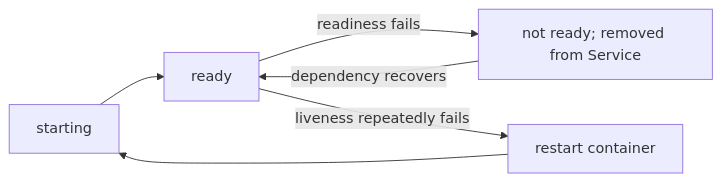
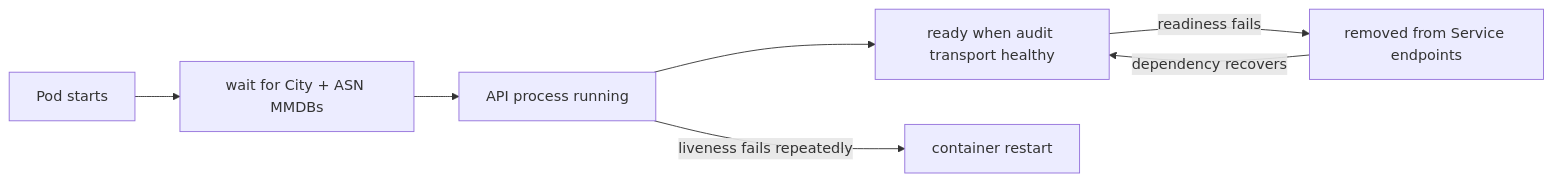
Before and after one commit to Jstarzz/geotagger: diagram 12 of 15 in docs/ARCHITECTURE.md, drawn with Mermaid. The commit also changed other lines of this file, not shown here.

Commit message:
docs: update architecture for City and ASN intelligence

````diff
--- a/docs/ARCHITECTURE.md
+++ b/docs/ARCHITECTURE.md
@@ -285,8 +375,9 @@
 ```mermaid
 flowchart LR
-    START["starting"] --> READY["ready"]
-    READY -->|"readiness fails"| UNREADY["not ready; removed from Service"]
+    START["Pod starts"] --> INIT["wait for City + ASN MMDBs"]
+    INIT --> LIVE["API process running"]
+    LIVE --> READY["ready when audit transport healthy"]
+    READY -->|"readiness fails"| UNREADY["removed from Service endpoints"]
     UNREADY -->|"dependency recovers"| READY
-    READY -->|"liveness repeatedly fails"| RESTART["restart container"]
-    RESTART --> START
+    LIVE -->|"liveness fails repeatedly"| RESTART["container restart"]
 ```
````
